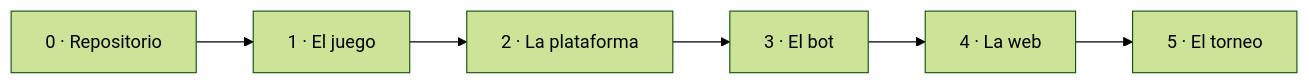
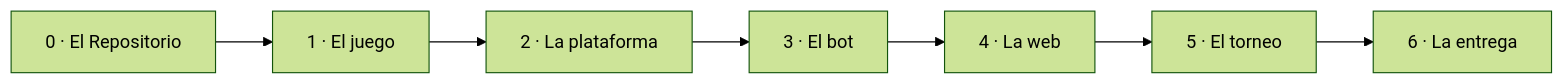
The diagram in docs/guide/step-by-step.md (jparisu/nim-arena), drawn with Mermaid (forest theme) before and after one commit. The commit also changed other lines of this file and 3 other files, not shown here.

````diff
--- a/docs/guide/step-by-step.md
+++ b/docs/guide/step-by-step.md
@@ -14,8 +28,9 @@
 ```mermaid
 flowchart LR
-    S0["0 · Repositorio"] --> S1["1 · El juego"]
+    S0["0 · El Repositorio"] --> S1["1 · El juego"]
     S1 --> S2["2 · La plataforma"]
     S2 --> S3["3 · El bot"]
     S3 --> S4["4 · La web"]
     S4 --> S5["5 · El torneo"]
+    S5 --> S6["6 · La entrega"]
 ```
````
